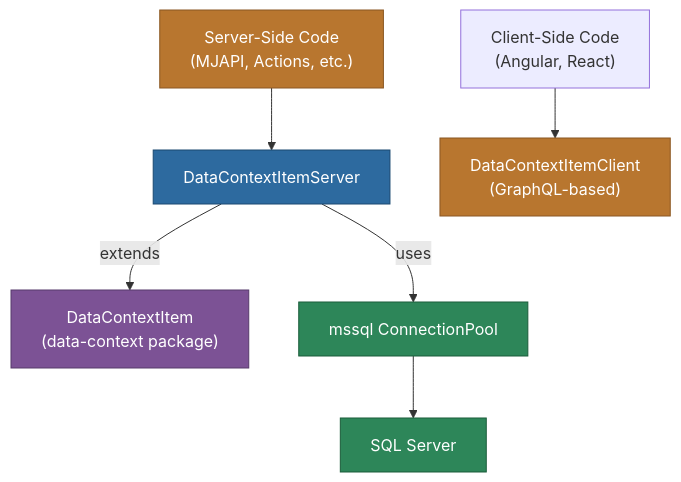
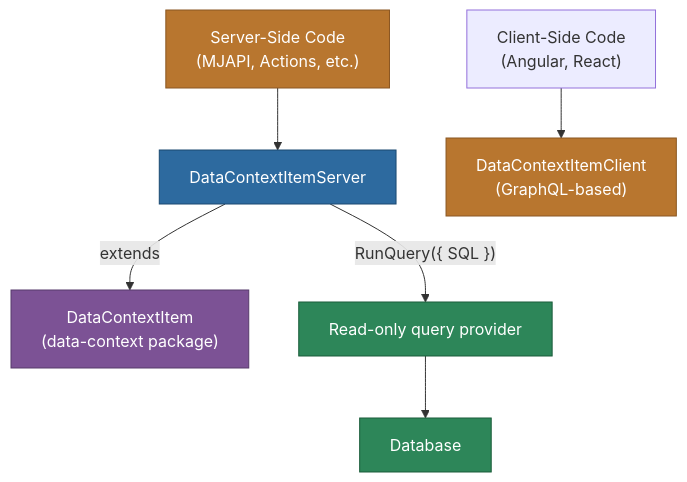
The diagram in packages/MJDataContextServer/readme.md (MemberJunction/MJ), drawn with Mermaid before and after one commit. The commit also changed other lines of this file and 9 other files, not shown here.

````diff
--- a/packages/MJDataContextServer/readme.md
+++ b/packages/MJDataContextServer/readme.md
@@ -9,16 +9,16 @@
 ```mermaid
 graph TD
     A["DataContextItemServer"] -->|extends| B["DataContextItem<br/>(data-context package)"]
-    A -->|uses| C["mssql ConnectionPool"]
-    C --> D["SQL Server"]
+    A -->|"RunQuery({ SQL })"| C["Read-only query provider"]
+    C --> D["Database"]
 
     E["Server-Side Code<br/>(MJAPI, Actions, etc.)"] --> A
     F["Client-Side Code<br/>(Angular, React)"] --> G["DataContextItemClient<br/>(GraphQL-based)"]
 
     style A fill:#2d6a9f,stroke:#1a4971,color:#fff
     style B fill:#7c5295,stroke:#563a6b,color:#fff
     style C fill:#2d8659,stroke:#1a5c3a,color:#fff
     style D fill:#2d8659,stroke:#1a5c3a,color:#fff
     style E fill:#b8762f,stroke:#8a5722,color:#fff
     style G fill:#b8762f,stroke:#8a5722,color:#fff
 ```
````
